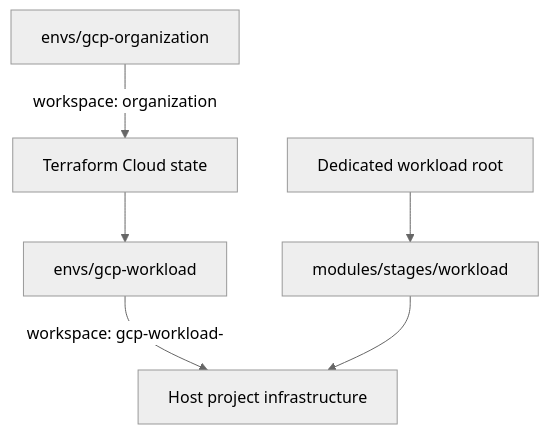
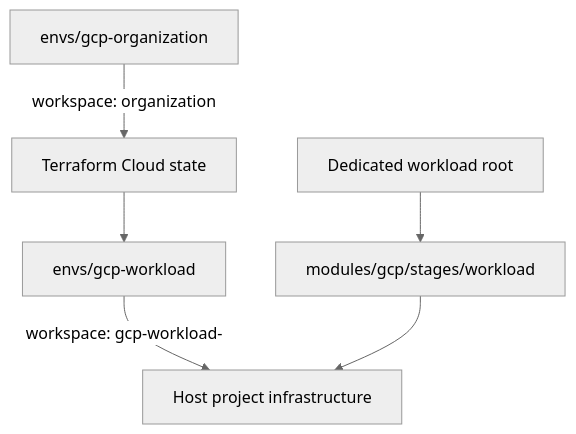
The diagram in docs/architecture/ARCHITECTURE.md (EdwinKassier/Ashes-Devops-Tools), drawn with Mermaid (neutral theme) before and after one commit. The commit also changed other lines of this file and 69 other files, not shown here.

First line of the commit message:
refactor(modules): retire modules/stages, fix discovery depth, regen docs

````diff
--- a/docs/architecture/ARCHITECTURE.md
+++ b/docs/architecture/ARCHITECTURE.md
@@ -166,8 +166,8 @@
 ```mermaid
 graph TD
     A["envs/gcp-organization"] -->|workspace: organization| B["Terraform Cloud state"]
     B --> C["envs/gcp-workload"]
     C -->|workspace: gcp-workload-<env>| D["Host project infrastructure"]
-    E["Dedicated workload root"] --> F["modules/stages/workload"]
+    E["Dedicated workload root"] --> F["modules/gcp/stages/workload"]
     F --> D
 ```
````
